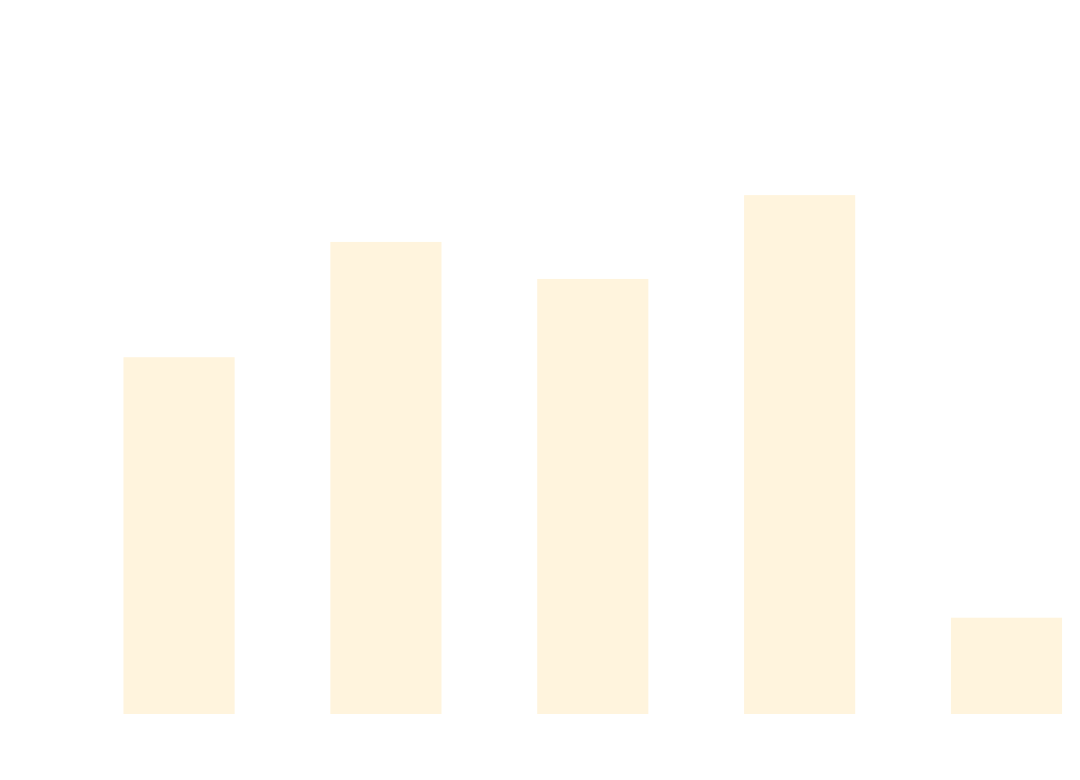
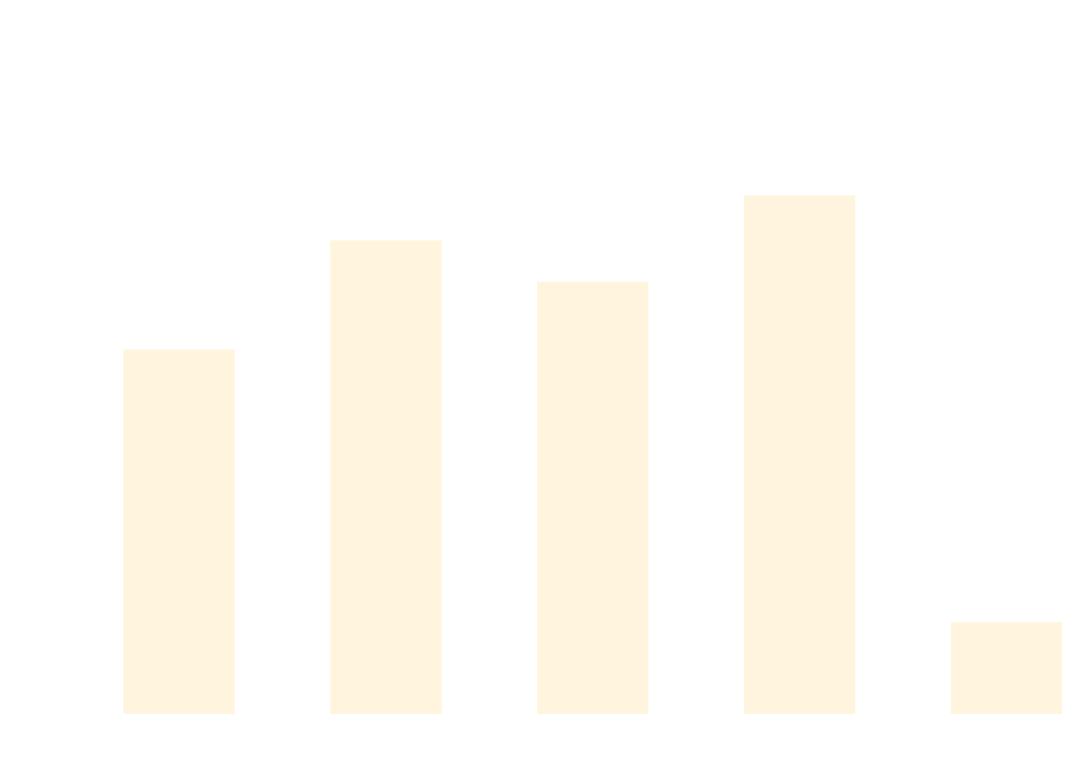
Before and after one commit to thomhurst/TUnit: the diagram in docs/docs/benchmarks/AsyncTests.md, drawn with Mermaid. The commit also changed other lines of this file and 17 other files, not shown here.

````diff
--- a/docs/docs/benchmarks/AsyncTests.md
+++ b/docs/docs/benchmarks/AsyncTests.md
@@ -27,37 +27,37 @@
 ```mermaid
 %%{init: {
   'theme':'base',
   'themeVariables': {
     'primaryColor': '#2563eb',
     'primaryTextColor': '#ffffff',
     'primaryBorderColor': '#1e40af',
     'lineColor': '#6b7280',
     'secondaryColor': '#7c3aed',
     'tertiaryColor': '#dc2626',
     'background': '#ffffff',
     'mainBkg': '#2563eb',
     'secondBkg': '#7c3aed',
     'tertiaryBkg': '#dc2626',
     'clusterBkg': '#f3f4f6',
     'edgeLabelBackground': '#ffffff',
     'tertiaryTextColor': '#1f2937',
     'pie1': '#2563eb',
     'pie2': '#7c3aed',
     'pie3': '#dc2626',
     'pie4': '#f59e0b',
     'pie5': '#10b981',
     'pie6': '#06b6d4',
     'pie7': '#ec4899',
     'pie8': '#6366f1',
     'pie9': '#84cc16',
     'pie10': '#f97316',
     'pie11': '#14b8a6',
     'pie12': '#a855f7'
   }
 }}%%
 xychart-beta
   title "AsyncTests Performance Comparison"
   x-axis ["TUnit", "NUnit", "MSTest", "xUnit3", "TUnit_AOT"]
-  y-axis "Time (ms)" 0 --> 890
-  bar [504, 672.9, 618.7, 741.5, 122.4]
+  y-axis "Time (ms)" 0 --> 940
+  bar [544.2, 713, 649, 782.6, 122.1]
 ```
````
